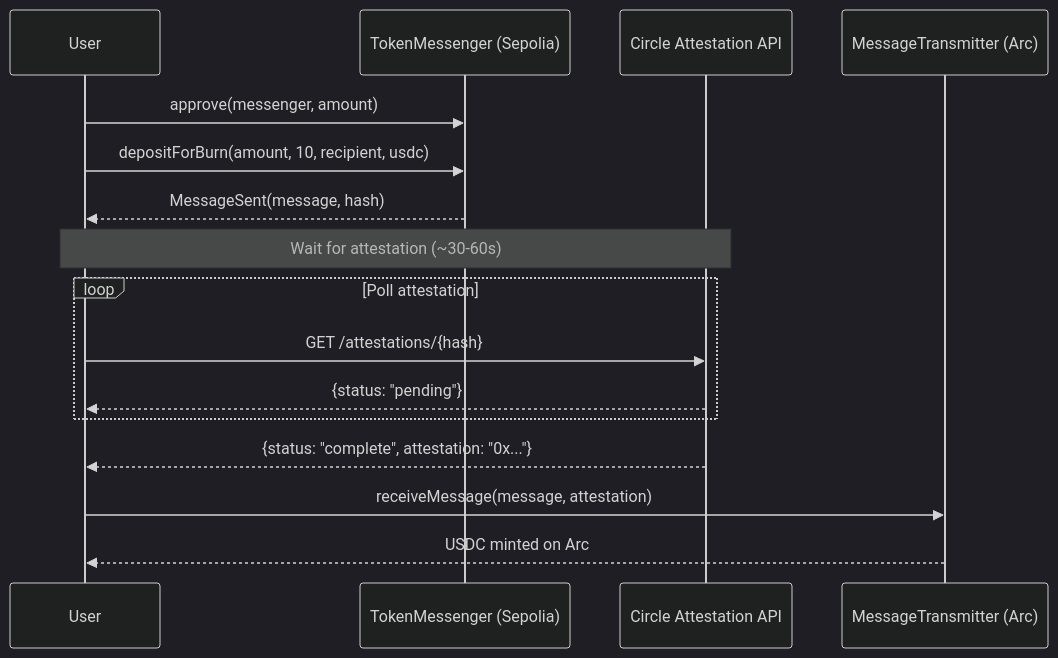
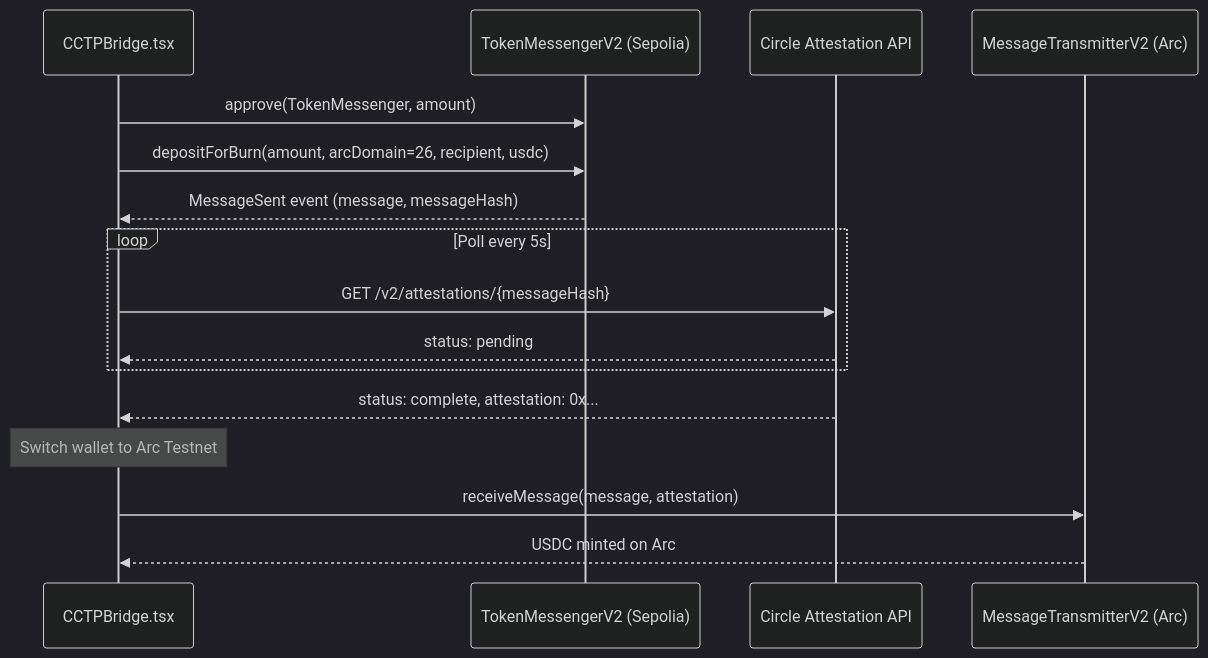
One commit to N-45div/HackMoney2026 changed the seventh of 11 diagrams in ARCHITECTURE.md. Above: the diagram before and after it, drawn with Mermaid (dark theme). The commit also changed other lines of this file and 2 other files, not shown here.

Commit message:
feat: readme and arch diagram fixes

````diff
--- a/ARCHITECTURE.md
+++ b/ARCHITECTURE.md
@@ -325,23 +264,22 @@
 ```mermaid
 sequenceDiagram
-    participant User
-    participant Sepolia as TokenMessenger (Sepolia)
+    participant Browser as CCTPBridge.tsx
+    participant Sepolia as TokenMessengerV2 (Sepolia)
     participant Circle as Circle Attestation API
-    participant Arc as MessageTransmitter (Arc)
+    participant Arc as MessageTransmitterV2 (Arc)
 
-    User->>Sepolia: approve(messenger, amount)
-    User->>Sepolia: depositForBurn(amount, 10, recipient, usdc)
-    Sepolia-->>User: MessageSent(message, hash)
+    Browser->>Sepolia: approve(TokenMessenger, amount)
+    Browser->>Sepolia: depositForBurn(amount, arcDomain=26, recipient, usdc)
+    Sepolia-->>Browser: MessageSent event (message, messageHash)
 
-    Note over User,Circle: Wait for attestation (~30-60s)
+    loop Poll every 5s
+        Browser->>Circle: GET /v2/attestations/{messageHash}
+        Circle-->>Browser: status: pending
+    end
 
-    loop Poll attestation
-        User->>Circle: GET /attestations/{hash}
-        Circle-->>User: {status: "pending"}
-    end
-    
-    Circle-->>User: {status: "complete", attestation: "0x..."}
+    Circle-->>Browser: status: complete, attestation: 0x...
 
-    User->>Arc: receiveMessage(message, attestation)
-    Arc-->>User: USDC minted on Arc
+    Note over Browser: Switch wallet to Arc Testnet
+    Browser->>Arc: receiveMessage(message, attestation)
+    Arc-->>Browser: USDC minted on Arc
 ```
````
